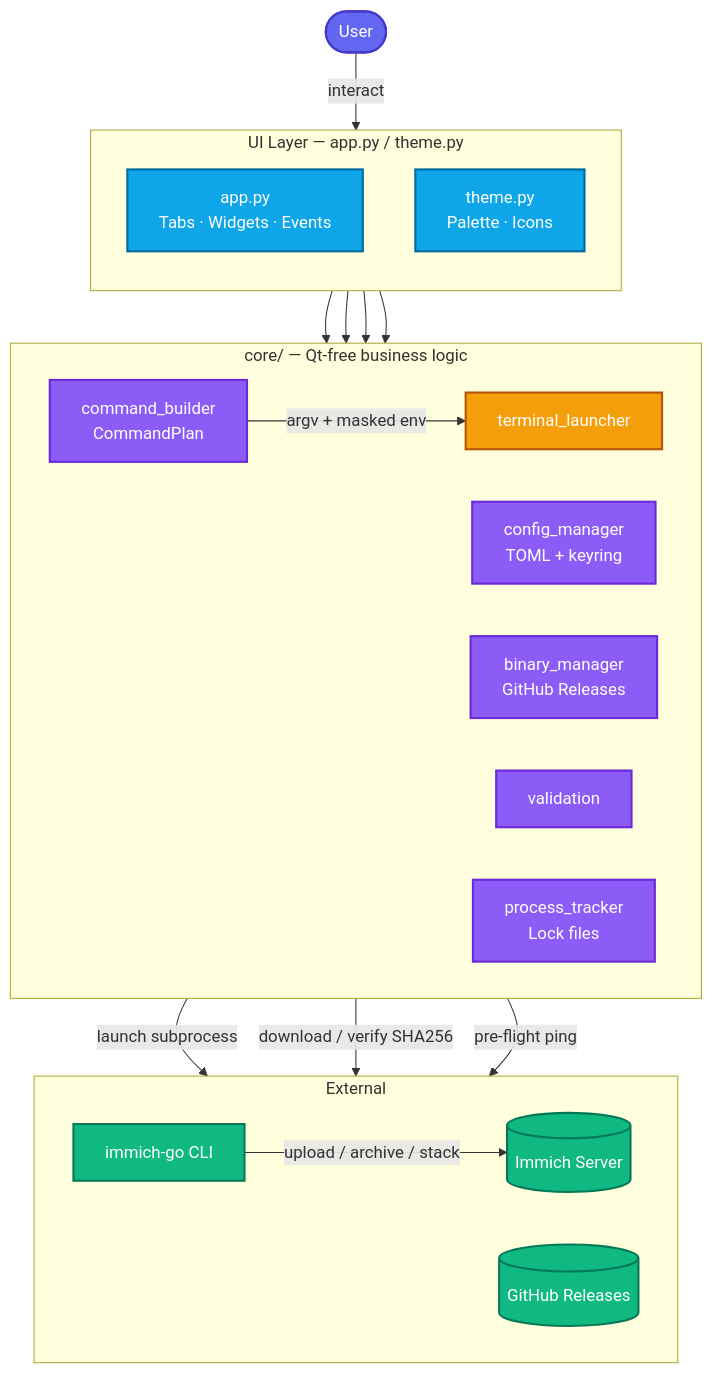
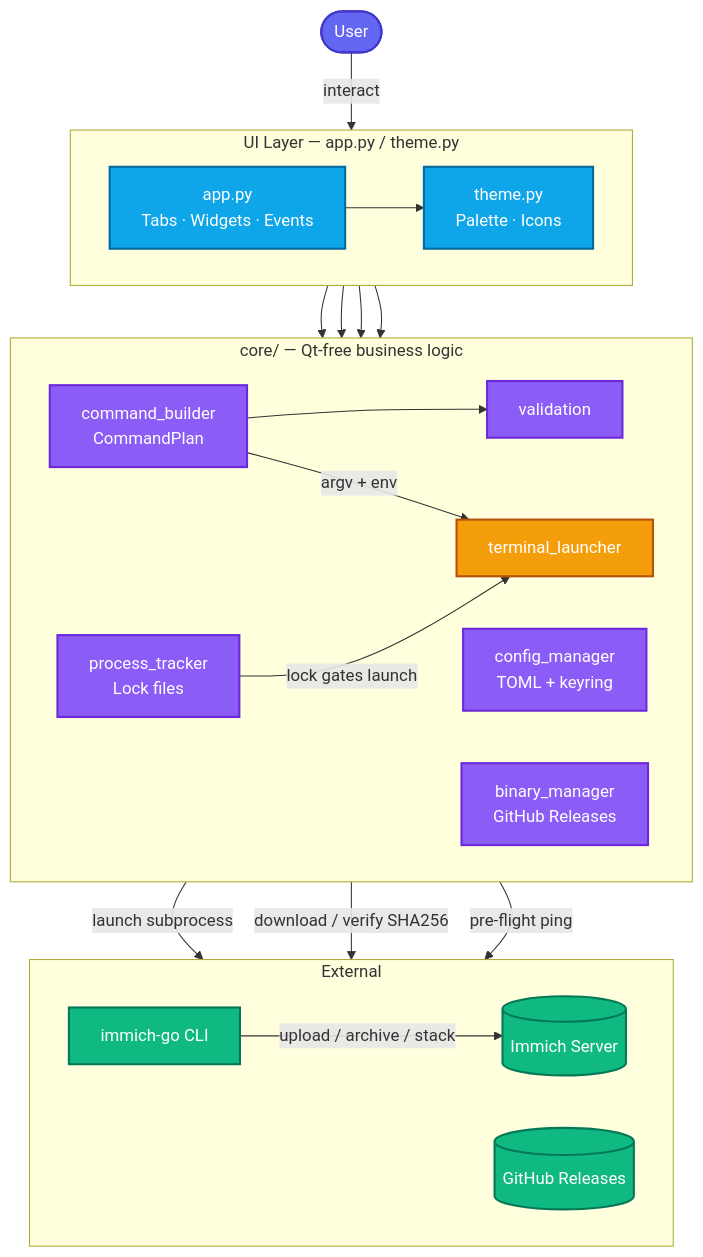
Before and after one commit to shitan198u/immich-go-gui: the first of 3 diagrams in docs/developer-guide/architecture.md, drawn with Mermaid. The commit also changed other lines of this file and 3 other files, not shown here.

Commit message:
docs: update Mermaid diagrams across documentation files

````diff
--- a/docs/developer-guide/architecture.md
+++ b/docs/developer-guide/architecture.md
@@ -7,45 +7,47 @@
 ```mermaid
 flowchart TB
     classDef userStyle fill:#6366f1,stroke:#4338ca,color:#fff,stroke-width:2px
     classDef uiStyle fill:#0ea5e9,stroke:#0369a1,color:#fff,stroke-width:2px
     classDef coreStyle fill:#8b5cf6,stroke:#6d28d9,color:#fff,stroke-width:2px
     classDef runStyle fill:#f59e0b,stroke:#b45309,color:#fff,stroke-width:2px
     classDef extStyle fill:#10b981,stroke:#047857,color:#fff,stroke-width:2px
-    classDef storStyle fill:#ec4899,stroke:#be185d,color:#fff,stroke-width:2px
 
     User([User]):::userStyle
 
     subgraph UI["UI Layer — app.py / theme.py"]
-        direction TB
-        AppPy[app.py\nTabs · Widgets · Events]:::uiStyle
-        ThemePy[theme.py\nPalette · Icons]:::uiStyle
+        direction LR
+        AppPy[app.py<br/>Tabs · Widgets · Events]:::uiStyle
+        ThemePy[theme.py<br/>Palette · Icons]:::uiStyle
     end
 
     subgraph Core["core/ — Qt-free business logic"]
         direction LR
-        Builder[command_builder\nCommandPlan]:::coreStyle
-        Config[config_manager\nTOML + keyring]:::coreStyle
-        BinMgr[binary_manager\nGitHub Releases]:::coreStyle
+        Builder[command_builder<br/>CommandPlan]:::coreStyle
         Validator[validation]:::coreStyle
-        Tracker[process_tracker\nLock files]:::coreStyle
+        Config[config_manager<br/>TOML + keyring]:::coreStyle
+        BinMgr[binary_manager<br/>GitHub Releases]:::coreStyle
+        Tracker[process_tracker<br/>Lock files]:::coreStyle
         Terminal[terminal_launcher]:::runStyle
     end
 
     subgraph Ext["External"]
         direction LR
         ImmichGo[immich-go CLI]:::extStyle
         ImmichAPI[(Immich Server)]:::extStyle
         GitHub[(GitHub Releases)]:::extStyle
     end
 
-    User -->|interact| UI
+    User -->|interact| AppPy
+    AppPy --> ThemePy
     AppPy --> Builder
+    Builder --> Validator
     AppPy --> Config
     AppPy --> BinMgr
     AppPy --> Tracker
-    Builder -->|argv + masked env| Terminal
+    Builder -->|argv + env| Terminal
+    Tracker -->|lock gates launch| Terminal
     Terminal -->|launch subprocess| ImmichGo
     BinMgr -->|download / verify SHA256| GitHub
     Config -->|pre-flight ping| ImmichAPI
     ImmichGo -->|upload / archive / stack| ImmichAPI
 ```
````
